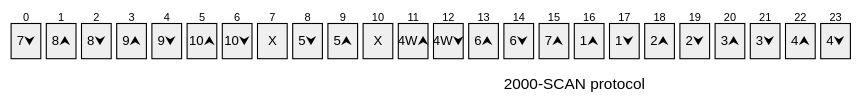
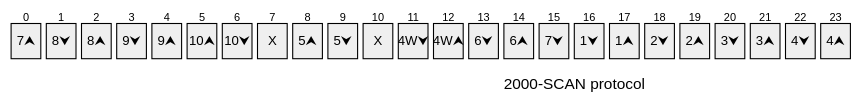
Before and after one commit to PatrickBaus/SCAN2000: the first of 2 diagrams in doc/README.md, drawn with Mermaid. The commit also changed other lines of this file, not shown here.

Commit message:
Fixed 10-ch protocol

````diff
--- a/doc/README.md
+++ b/doc/README.md
@@ -29,30 +29,30 @@
 ```mermaid
 ---
 title: "2000-SCAN protocol"
 ---
 packet-beta
-0: "7⮟"
-1: "8⮝"
-2: "8⮟"
-3: "9⮝"
-4: "9⮟"
+0: "7⮝"
+1: "8⮟"
+2: "8⮝"
+3: "9⮟"
+4: "9⮝"
 5: "10⮝"
 6: "10⮟"
 7: "X"
-8: "5⮟"
-9: "5⮝"
+8: "5⮝"
+9: "5⮟"
 10: "X"
-11: "4W⮝"
-12: "4W⮟"
-13: "6⮝"
-14: "6⮟"
-15: "7⮝"
-16: "1⮝"
-17: "1⮟"
-18: "2⮝"
-19: "2⮟"
-20: "3⮝"
-21: "3⮟"
-22: "4⮝"
-23: "4⮟"
+11: "4W⮟"
+12: "4W⮝"
+13: "6⮟"
+14: "6⮝"
+15: "7⮟"
+16: "1⮟"
+17: "1⮝"
+18: "2⮟"
+19: "2⮝"
+20: "3⮟"
+21: "3⮝"
+22: "4⮟"
+23: "4⮝"
 ```
````
